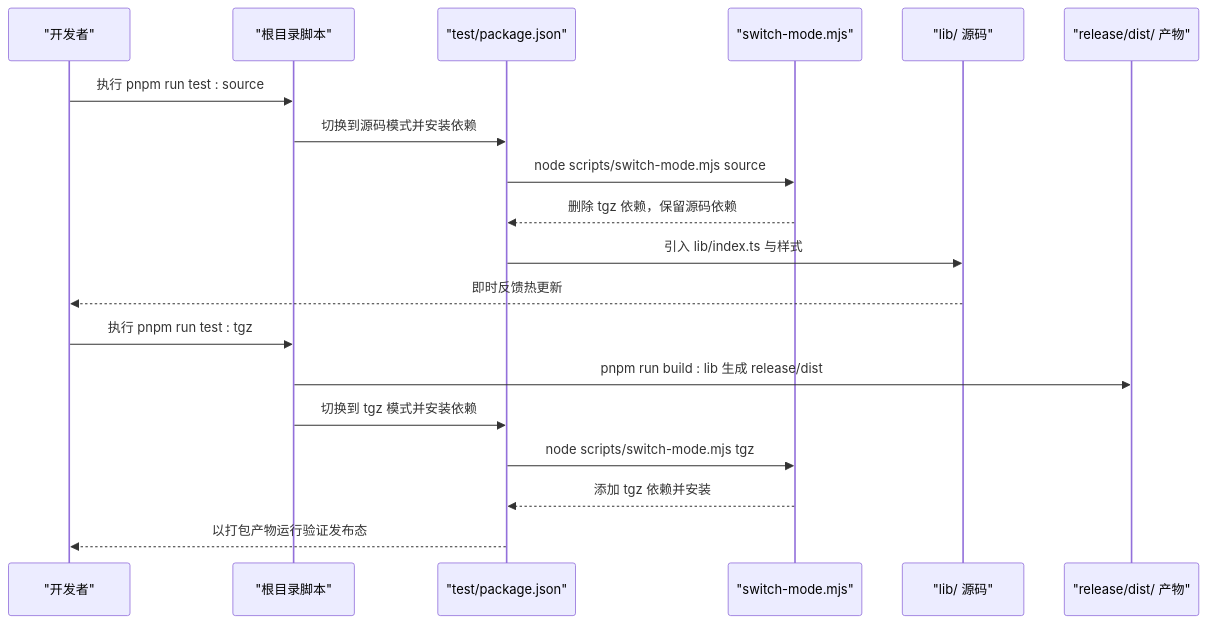
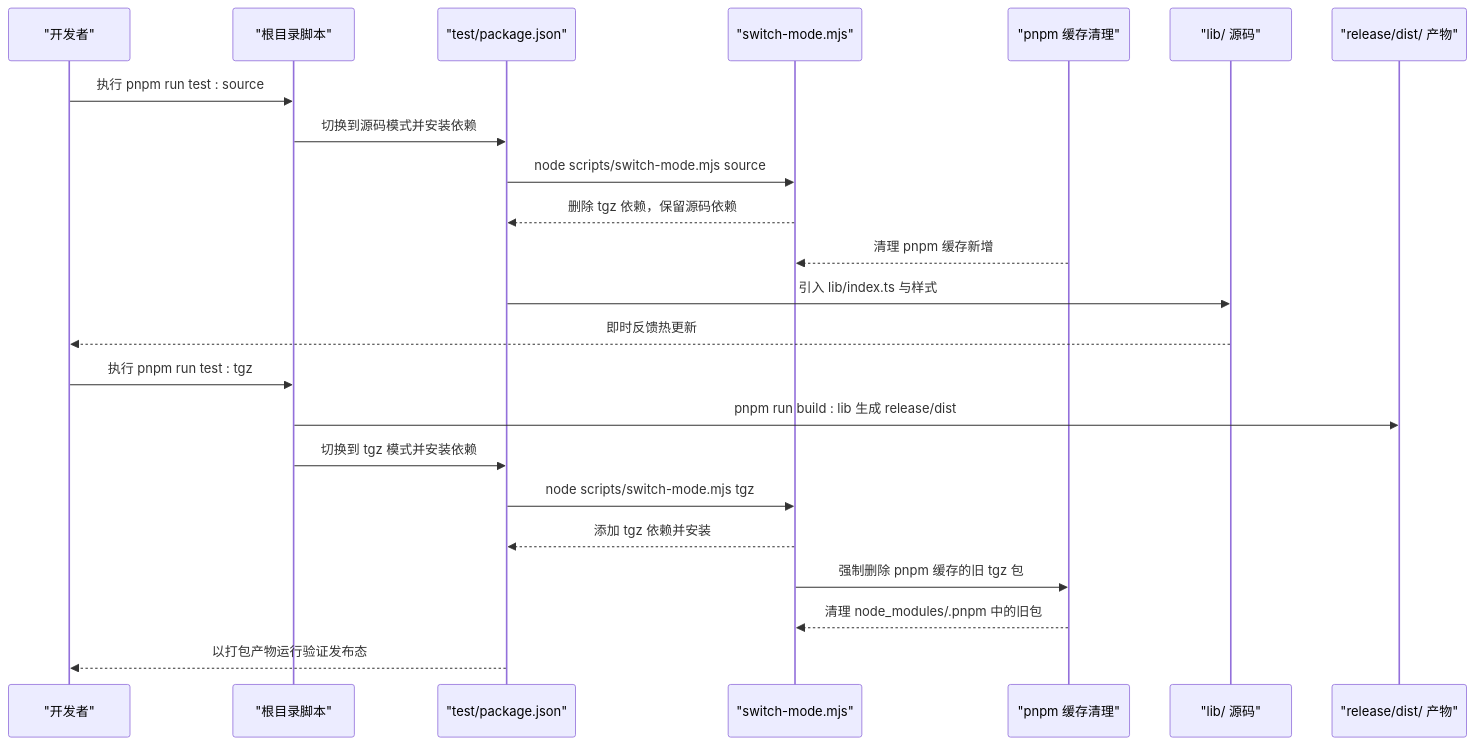
Before and after one commit to Easemob-Community/easemob-uikit-callkit-vue3: the third of 7 diagrams in .qoder/repowiki/zh/content/开发指南/开发指南.md, drawn with Mermaid. The commit also changed other lines of this file and 40 other files, not shown here.

````diff
--- a/.qoder/repowiki/zh/content/开发指南/开发指南.md
+++ b/.qoder/repowiki/zh/content/开发指南/开发指南.md
@@ -125,21 +133,25 @@
 ```mermaid
 sequenceDiagram
 participant Dev as "开发者"
 participant Root as "根目录脚本"
 participant Test as "test/package.json"
 participant Mode as "switch-mode.mjs"
+participant Cache as "pnpm 缓存清理"
 participant Lib as "lib/ 源码"
 participant Dist as "release/dist/ 产物"
 Dev->>Root : 执行 pnpm run test : source
 Root->>Test : 切换到源码模式并安装依赖
 Test->>Mode : node scripts/switch-mode.mjs source
 Mode-->>Test : 删除 tgz 依赖，保留源码依赖
+Cache-->>Mode : 清理 pnpm 缓存新增
 Test->>Lib : 引入 lib/index.ts 与样式
 Lib-->>Dev : 即时反馈热更新
 Dev->>Root : 执行 pnpm run test : tgz
 Root->>Dist : pnpm run build : lib 生成 release/dist
 Root->>Test : 切换到 tgz 模式并安装依赖
 Test->>Mode : node scripts/switch-mode.mjs tgz
 Mode-->>Test : 添加 tgz 依赖并安装
+Mode->>Cache : 强制删除 pnpm 缓存的旧 tgz 包
+Cache-->>Mode : 清理 node_modules/.pnpm 中的旧包
 Test-->>Dev : 以打包产物运行验证发布态
 ```
````
